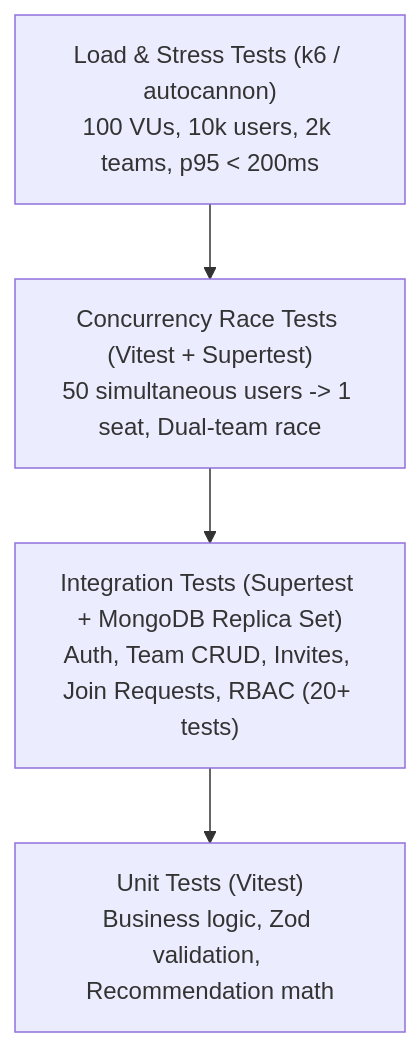
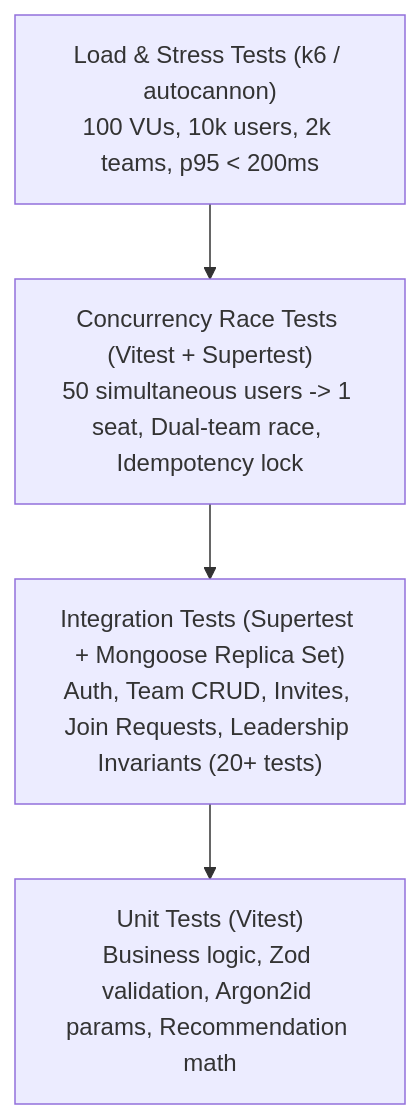
Before and after one commit to m4ulikP/CrewConnect: the diagram in docs/testing-strategy.md, drawn with Mermaid. The commit also changed other lines of this file and 15 other files, not shown here.

Commit message:
docs(arch): finalize concurrency model, idempotency rules, and approved tech decisions

````diff
--- a/docs/testing-strategy.md
+++ b/docs/testing-strategy.md
@@ -14,11 +14,11 @@
 ```mermaid
 flowchart TD
     LT["Load & Stress Tests (k6 / autocannon)\n100 VUs, 10k users, 2k teams, p95 < 200ms"]
-    CT["Concurrency Race Tests (Vitest + Supertest)\n50 simultaneous users -> 1 seat, Dual-team race"]
-    IT["Integration Tests (Supertest + MongoDB Replica Set)\nAuth, Team CRUD, Invites, Join Requests, RBAC (20+ tests)"]
-    UT["Unit Tests (Vitest)\nBusiness logic, Zod validation, Recommendation math"]
+    CT["Concurrency Race Tests (Vitest + Supertest)\n50 simultaneous users -> 1 seat, Dual-team race, Idempotency lock"]
+    IT["Integration Tests (Supertest + Mongoose Replica Set)\nAuth, Team CRUD, Invites, Join Requests, Leadership Invariants (20+ tests)"]
+    UT["Unit Tests (Vitest)\nBusiness logic, Zod validation, Argon2id params, Recommendation math"]
 
     LT --> CT
     CT --> IT
     IT --> UT
 ```
````
